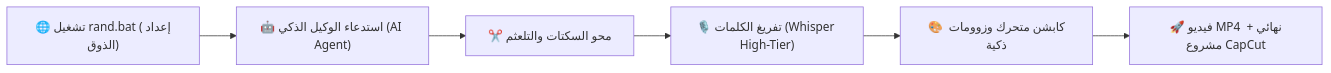
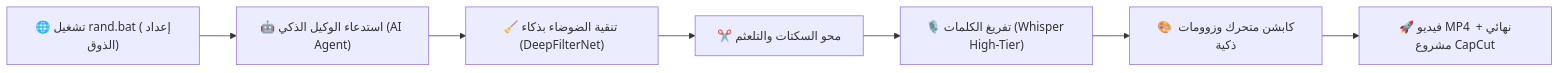
Before and after one commit to islamlal12/islam-ai-reelforge: the diagram in README.md, drawn with Mermaid. The commit also changed other lines of this file and 5 other files, not shown here.

Commit message:
feat: smart AI audio denoising step via DeepFilterNet/FFmpeg with dynamic caching to avoid repo bloat

````diff
--- a/README.md
+++ b/README.md
@@ -23,8 +24,9 @@
 ```mermaid
 flowchart LR
     A["🌐 تشغيل rand.bat (إعداد الذوق)"] --> B["🤖 استدعاء الوكيل الذكي (AI Agent)"]
-    B --> C["✂️ محو السكتات والتلعثم"]
-    C --> D["🎙️ تفريغ الكلمات (Whisper High-Tier)"]
-    D --> E["🎨 كابشن متحرك وزوومات ذكية"]
-    E --> F["🚀 فيديو MP4 نهائي + مشروع CapCut"]
+    B --> C["🧹 تنقية الضوضاء بذكاء (DeepFilterNet)"]
+    C --> D["✂️ محو السكتات والتلعثم"]
+    D --> E["🎙️ تفريغ الكلمات (Whisper High-Tier)"]
+    E --> F["🎨 كابشن متحرك وزوومات ذكية"]
+    F --> G["🚀 فيديو MP4 نهائي + مشروع CapCut"]
 ```
````
